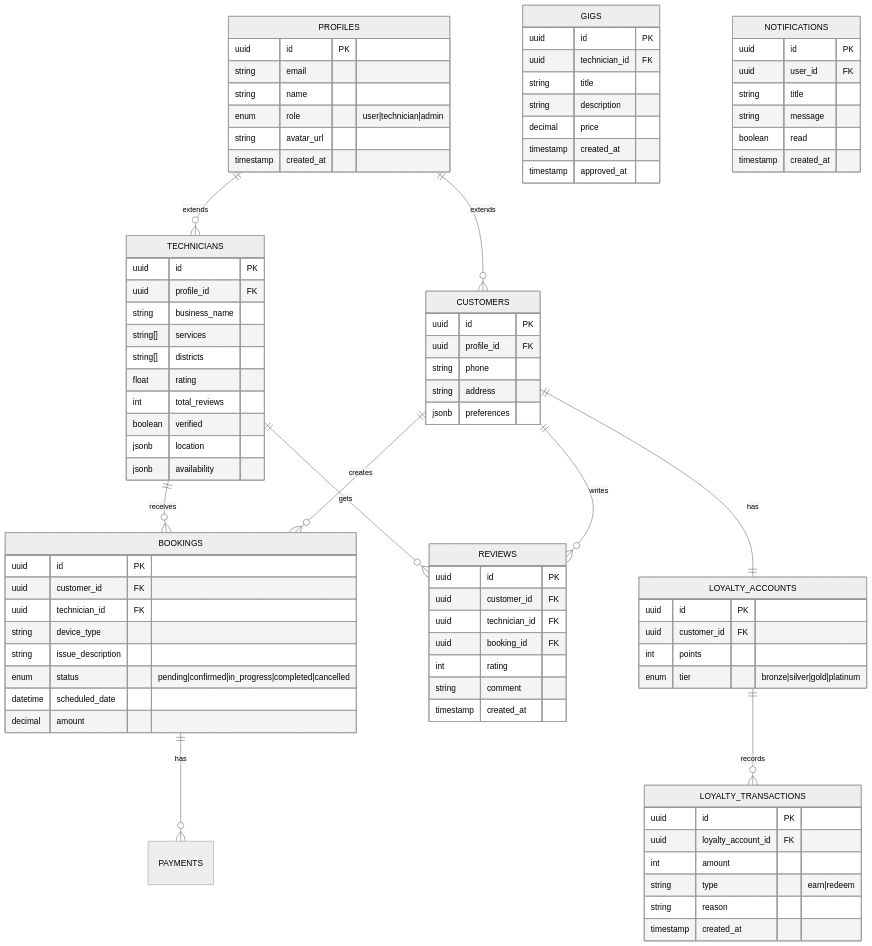
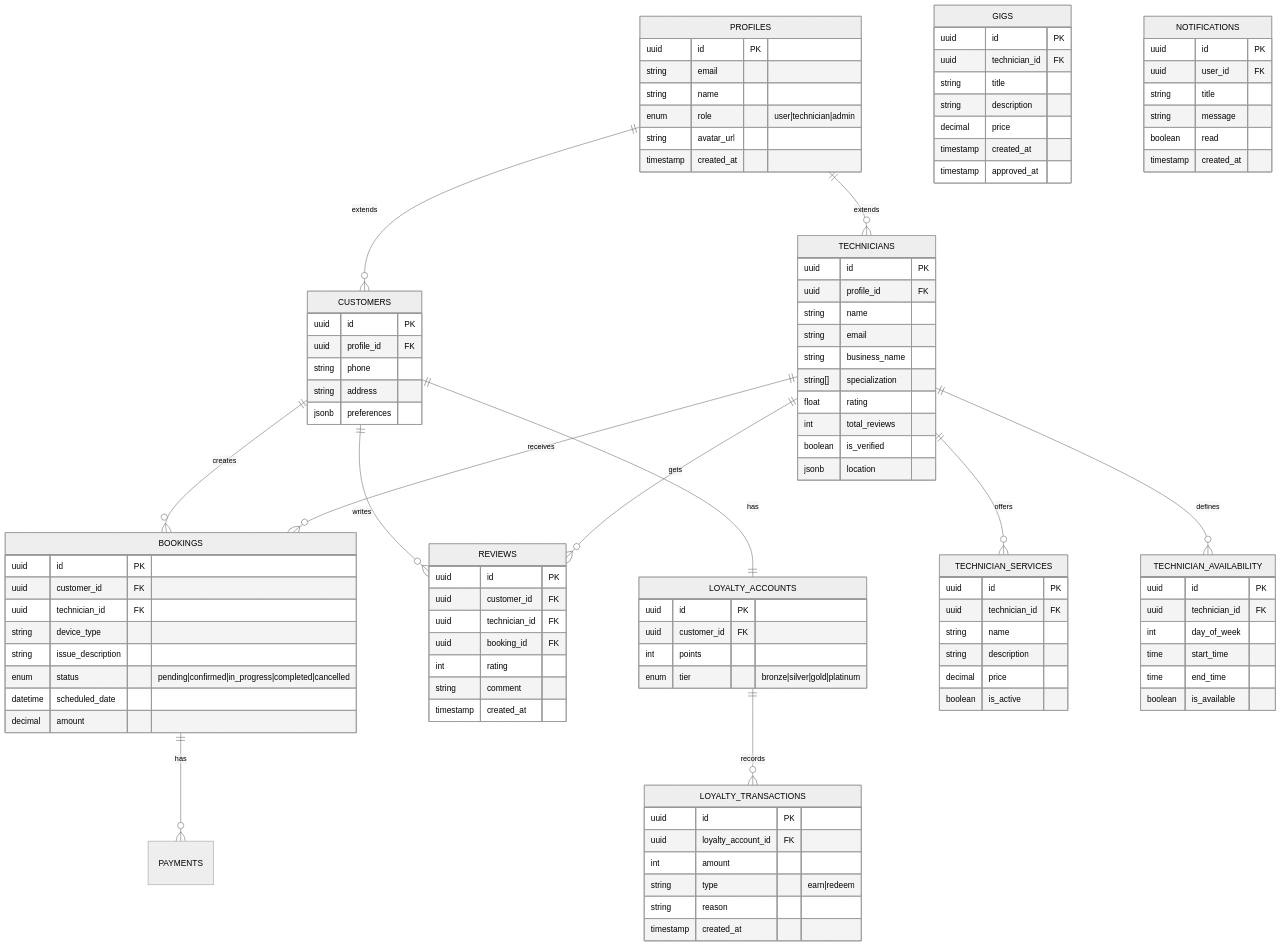
One commit to Irchika774/Tech-Care_official changed the third of 15 diagrams in README.md. Above: the diagram before and after it, drawn with Mermaid (neutral theme). The commit also changed other lines of this file and 38 other files, not shown here.

Commit message:
Technician custom pricing and availability updates v2.5.0

```diff
--- a/README.md
+++ b/README.md
@@ -250,17 +267,37 @@
     
     TECHNICIANS ||--o{ BOOKINGS : "receives"
     TECHNICIANS ||--o{ REVIEWS : "gets"
+    TECHNICIANS ||--o{ TECHNICIAN_SERVICES : "offers"
+    TECHNICIANS ||--o{ TECHNICIAN_AVAILABILITY : "defines"
     TECHNICIANS {
         uuid id PK
         uuid profile_id FK
+        string name
+        string email
         string business_name
-        string[] services
-        string[] districts
+        string[] specialization
         float rating
         int total_reviews
-        boolean verified
+        boolean is_verified
         jsonb location
-        jsonb availability
+    }
+
+    TECHNICIAN_SERVICES {
+        uuid id PK
+        uuid technician_id FK
+        string name
+        string description
+        decimal price
+        boolean is_active
+    }
+
+    TECHNICIAN_AVAILABILITY {
+        uuid id PK
+        uuid technician_id FK
+        int day_of_week
+        time start_time
+        time end_time
+        boolean is_available
     }
     
     BOOKINGS ||--o{ PAYMENTS : "has"
```
